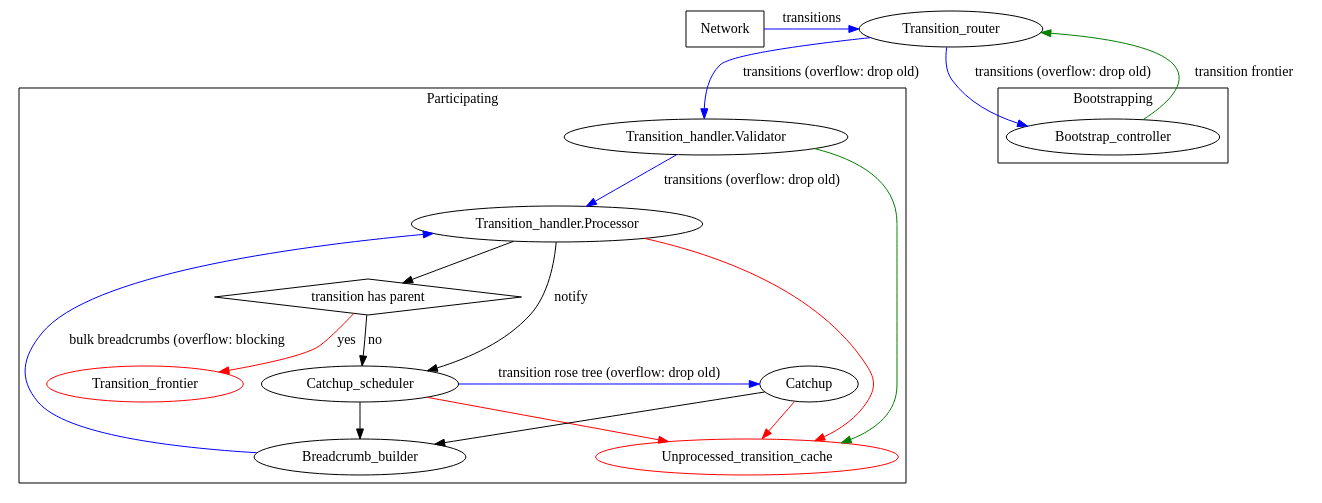
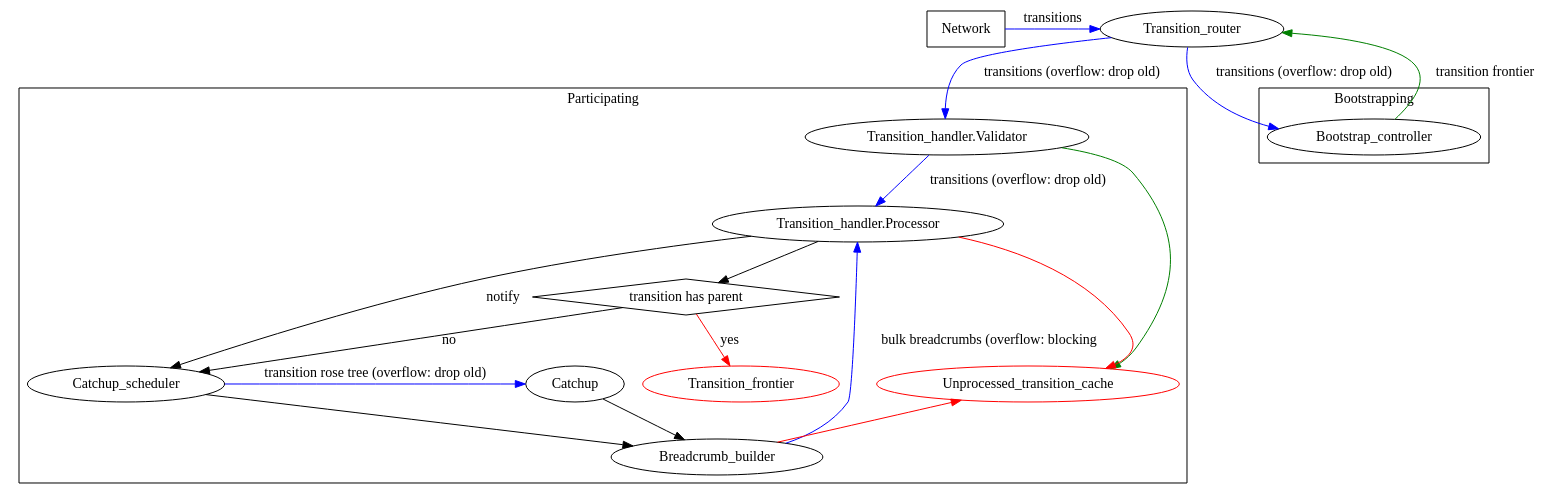
Before and after one commit to MinaProtocol/mina: the diagram in docs/res/transition_frontier_controller.dot, drawn with Graphviz. The commit also changed 1 other file, not shown here.

Commit message:
Make transition frontier controller diagram prettier

```diff
--- a/docs/res/transition_frontier_controller.dot
+++ b/docs/res/transition_frontier_controller.dot
@@ -1,50 +1,45 @@
 digraph G {
   // rankdir=LR;
   newrank=true;
 
   Network [shape=box];
   {Network; Transition_router; rank=source};
 
   subgraph cluster_participating {
     label="Participating";
     "Transition_handler.Validator";
     "Transition_handler.Processor";
     "transition has parent" [shape=diamond];
-    {Catchup_scheduler; Catchup; rank=same};
+    {Catchup_scheduler; Catchup; Unprocessed_transition_cache [color=red]; rank=same};
     Breadcrumb_builder;
-    Unprocessed_transition_cache [color=red];
     Transition_frontier [color=red];
   }
 
   subgraph cluster_bootstrapping {
     label="Bootstrapping";
     Bootstrap_controller;
   }
 
   {"Transition_handler.Validator"; Bootstrap_controller; rank=same};
 
   Network -> Transition_router [label="transitions",color=blue];
   Transition_router -> {"Transition_handler.Validator", Bootstrap_controller}
     [label="transitions (overflow: drop old)",color=blue];
 
   Bootstrap_controller -> Transition_router [label="transition frontier",color=green];
 
   "Transition_handler.Validator" -> "Transition_handler.Processor"
     [label="transitions (overflow: drop old)",color=blue];
   "Transition_handler.Processor" -> "transition has parent";
   "Transition_handler.Processor" -> Catchup_scheduler [label="notify"];
   "transition has parent" -> Transition_frontier [label="yes",color=red];
   "transition has parent" -> Catchup_scheduler [label="no"];
 
   {Catchup_scheduler, Catchup} -> Breadcrumb_builder;
   Catchup_scheduler -> Catchup [label="transition rose tree (overflow: drop old)",color=blue];
   Breadcrumb_builder -> "Transition_handler.Processor" [label="bulk breadcrumbs (overflow: blocking",color=blue];
 
-  // {Catchup_scheduler, Catchup} -> "Transition_handler.Processor" [label="bulk breadcrumbs (overflow: blocking)",color=blue];
-  // Catchup_scheduler -> Catchup [label="transition rose tree (overflow: drop old)",color=blue];
-
   "Transition_handler.Validator" -> Unprocessed_transition_cache [color=green];
   "Transition_handler.Processor" -> Unprocessed_transition_cache [color=red];
-  Catchup_scheduler -> Unprocessed_transition_cache [color=red];
-  Catchup -> Unprocessed_transition_cache [color=red];
+  Breadcrumb_builder -> Unprocessed_transition_cache [color=red];
 }
```
